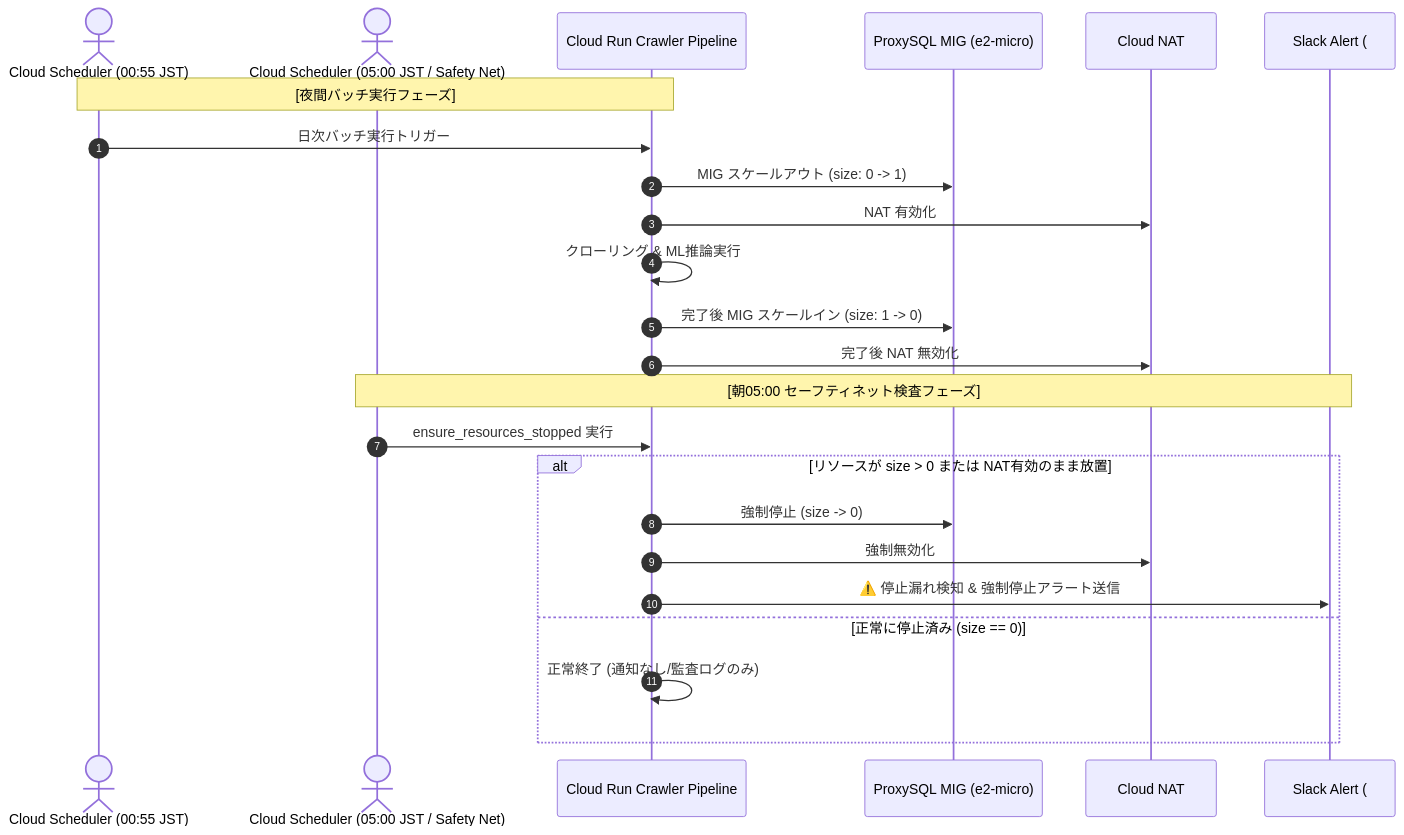
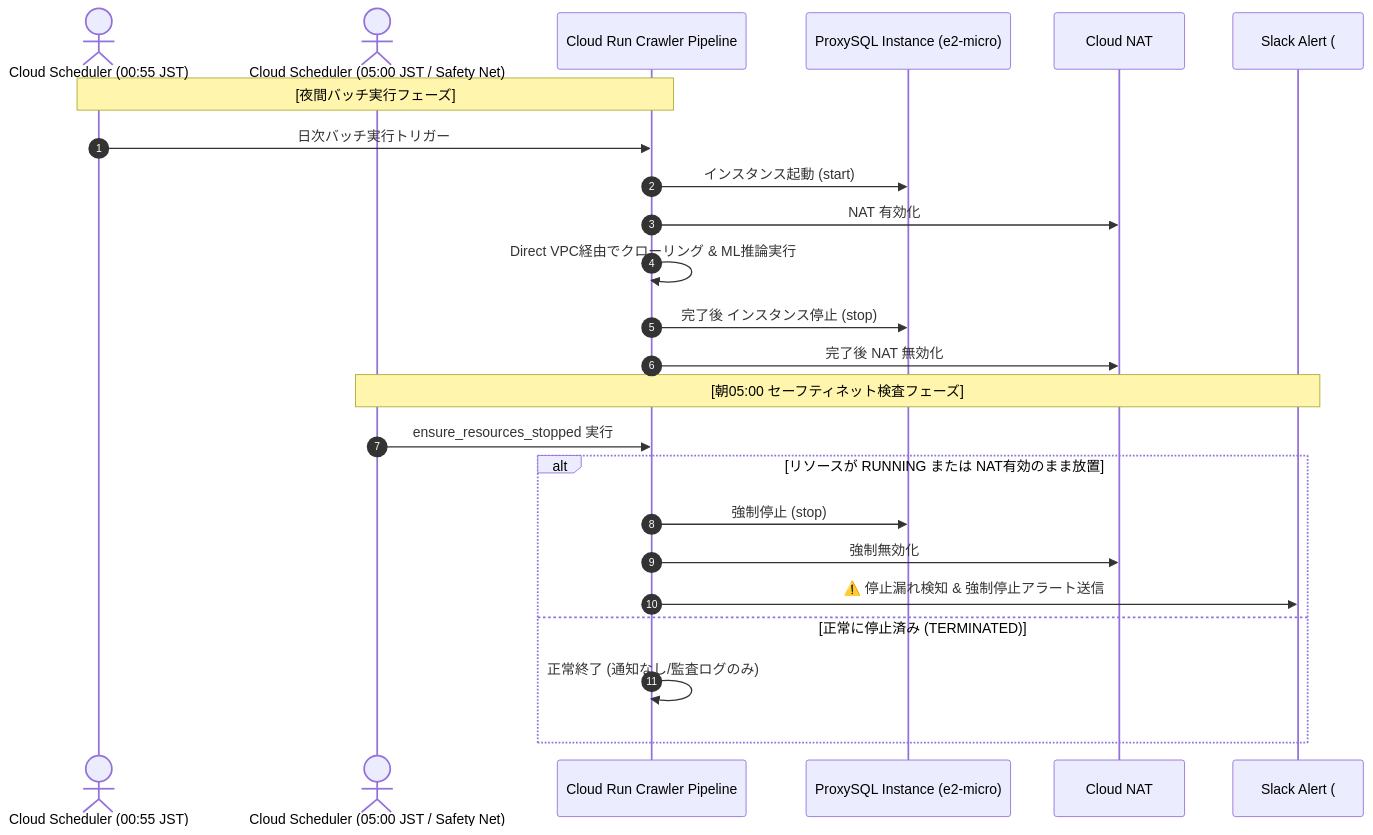
The first of 2 diagrams in docs/internal_design/gcp_cost_optimization_design.md (AnaharaYasuo/realestate_crawler), drawn with Mermaid before and after one commit. The commit also changed other lines of this file and 20 other files, not shown here.

````diff
--- a/docs/internal_design/gcp_cost_optimization_design.md
+++ b/docs/internal_design/gcp_cost_optimization_design.md
@@ -11,28 +11,28 @@
 ```mermaid
 sequenceDiagram
     autonumber
     actor Cron1 as Cloud Scheduler (00:55 JST)
     actor Cron2 as Cloud Scheduler (05:00 JST / Safety Net)
     participant Coord as Cloud Run Crawler Pipeline
-    participant Proxy as ProxySQL MIG (e2-micro)
+    participant Proxy as ProxySQL Instance (e2-micro)
     participant NAT as Cloud NAT
     participant Slack as Slack Alert (#property_alert)
 
     Note over Cron1,Coord: [夜間バッチ実行フェーズ]
     Cron1->>Coord: 日次バッチ実行トリガー
-    Coord->>Proxy: MIG スケールアウト (size: 0 -> 1)
+    Coord->>Proxy: インスタンス起動 (start)
     Coord->>NAT: NAT 有効化
-    Coord->>Coord: クローリング & ML推論実行
-    Coord->>Proxy: 完了後 MIG スケールイン (size: 1 -> 0)
+    Coord->>Coord: Direct VPC経由でクローリング & ML推論実行
+    Coord->>Proxy: 完了後 インスタンス停止 (stop)
     Coord->>NAT: 完了後 NAT 無効化
 
     Note over Cron2,Slack: [朝05:00 セーフティネット検査フェーズ]
     Cron2->>Coord: ensure_resources_stopped 実行
-    alt リソースが size > 0 または NAT有効のまま放置
-        Coord->>Proxy: 強制停止 (size -> 0)
+    alt リソースが RUNNING または NAT有効のまま放置
+        Coord->>Proxy: 強制停止 (stop)
         Coord->>NAT: 強制無効化
         Coord->>Slack: ⚠️ 停止漏れ検知 & 強制停止アラート送信
-    else 正常に停止済み (size == 0)
+    else 正常に停止済み (TERMINATED)
         Coord->>Coord: 正常終了 (通知なし/監査ログのみ)
     end
 ```
````
